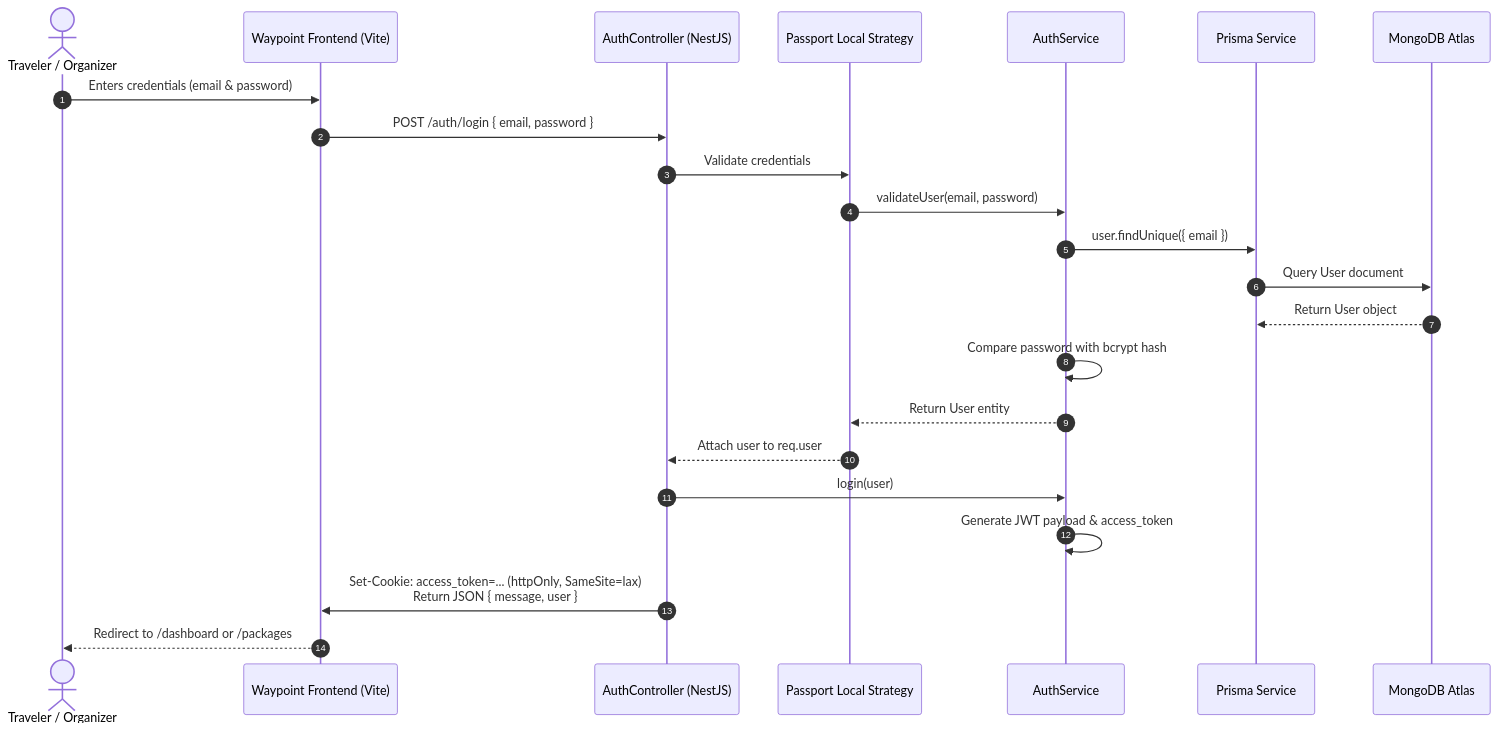
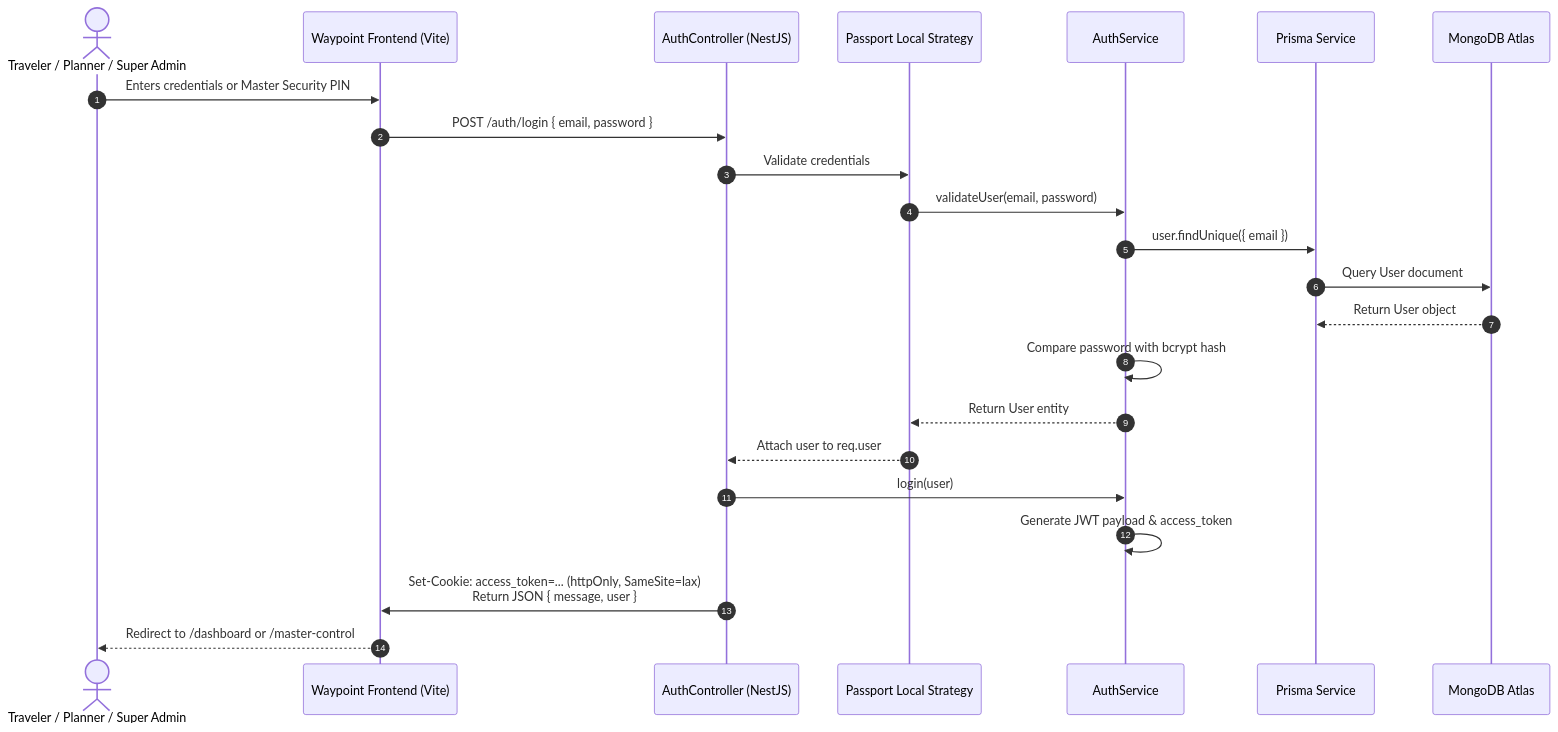
Before and after one commit to sawantyash07/Beacon: the second of 3 diagrams in README.md, drawn with Mermaid. The commit also changed other lines of this file and 19 other files, not shown here.

Commit message:
feat: implement Beacon Master Login & Mission Control Super Admin Portal (14 modules, RBAC & docs)

````diff
--- a/README.md
+++ b/README.md
@@ -129,26 +161,26 @@
 ```mermaid
 sequenceDiagram
     autonumber
-    actor Traveler as Traveler / Organizer
+    actor Traveler as Traveler / Planner / Super Admin
     participant Client as Waypoint Frontend (Vite)
     participant AuthCtrl as AuthController (NestJS)
     participant LocalGuard as Passport Local Strategy
     participant AuthService as AuthService
     participant Prisma as Prisma Service
     participant Mongo as MongoDB Atlas
 
-    Traveler->>Client: Enters credentials (email & password)
+    Traveler->>Client: Enters credentials or Master Security PIN
     Client->>AuthCtrl: POST /auth/login { email, password }
     AuthCtrl->>LocalGuard: Validate credentials
     LocalGuard->>AuthService: validateUser(email, password)
     AuthService->>Prisma: user.findUnique({ email })
     Prisma->>Mongo: Query User document
     Mongo-->>Prisma: Return User object
     AuthService->>AuthService: Compare password with bcrypt hash
     AuthService-->>LocalGuard: Return User entity
     LocalGuard-->>AuthCtrl: Attach user to req.user
     AuthCtrl->>AuthService: login(user)
     AuthService->>AuthService: Generate JWT payload & access_token
     AuthCtrl->>Client: Set-Cookie: access_token=... (httpOnly, SameSite=lax)<br/>Return JSON { message, user }
-    Client-->>Traveler: Redirect to /dashboard or /packages
+    Client-->>Traveler: Redirect to /dashboard or /master-control
 ```
````
